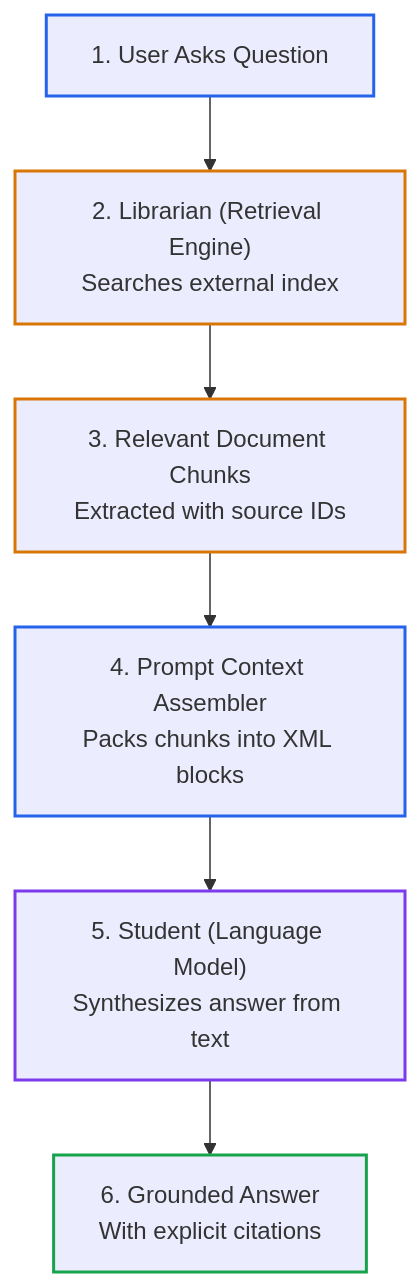
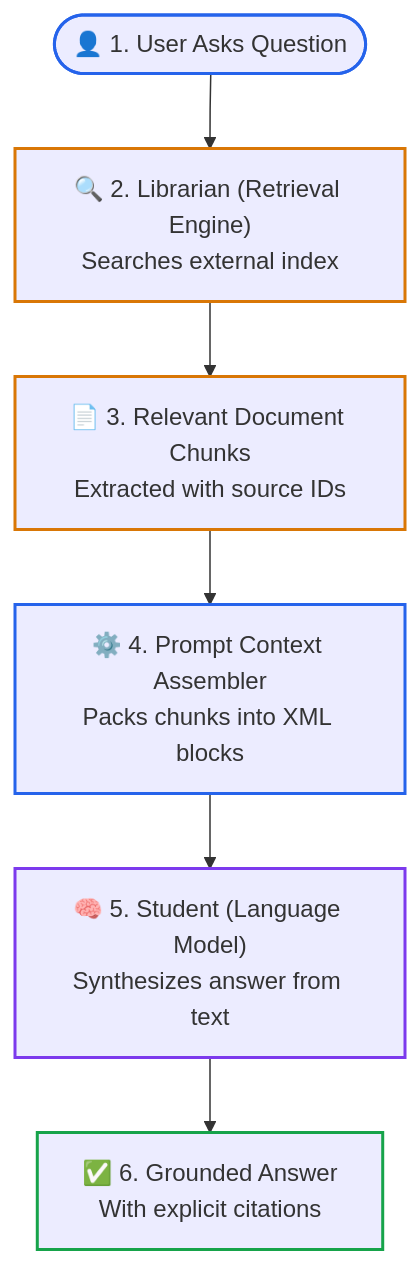
One commit to dip4k/senior-engineer-to-ai-engineer-roadmap changed the second of 3 diagrams in 02-rag-and-knowledge-systems/00-rag-fundamentals-and-retrieval-architectures.md. Above: the diagram before and after it, drawn with Mermaid. The commit also changed other lines of this file and 39 other files, not shown here.

First line of the commit message:
feat(curriculum): upgrade mermaid diagrams with unicode icons & codify anti-bloat layout rules

````diff
--- a/02-rag-and-knowledge-systems/00-rag-fundamentals-and-retrieval-architectures.md
+++ b/02-rag-and-knowledge-systems/00-rag-fundamentals-and-retrieval-architectures.md
@@ -86,15 +86,15 @@
 ```mermaid
 flowchart TD
-    Q["1. User Asks Question"] --> R["2. Librarian (Retrieval Engine)<br>Searches external index"]
-    R --> D["3. Relevant Document Chunks<br>Extracted with source IDs"]
-    D --> P["4. Prompt Context Assembler<br>Packs chunks into XML blocks"]
-    P --> LLM["5. Student (Language Model)<br>Synthesizes answer from text"]
-    LLM --> A["6. Grounded Answer<br>With explicit citations"]
+    Q(["👤 1. User Asks Question"]) --> R["🔍 2. Librarian (Retrieval Engine)<br>Searches external index"]
+    R --> D["📄 3. Relevant Document Chunks<br>Extracted with source IDs"]
+    D --> P["⚙️ 4. Prompt Context Assembler<br>Packs chunks into XML blocks"]
+    P --> LLM["🧠 5. Student (Language Model)<br>Synthesizes answer from text"]
+    LLM --> A["✅ 6. Grounded Answer<br>With explicit citations"]
 
     style Q stroke:#2563eb,stroke-width:2px
     style R stroke:#d97706,stroke-width:2px
     style D stroke:#d97706,stroke-width:2px
     style P stroke:#2563eb,stroke-width:2px
     style LLM stroke:#7c3aed,stroke-width:2px
     style A stroke:#16a34a,stroke-width:2px
 ```
````
